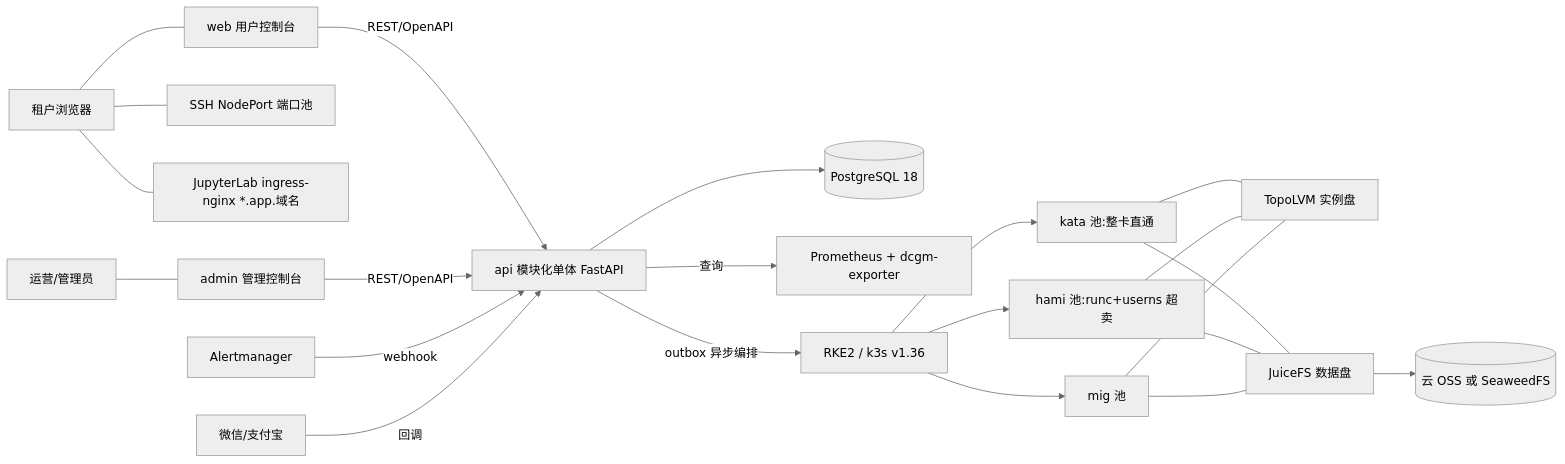
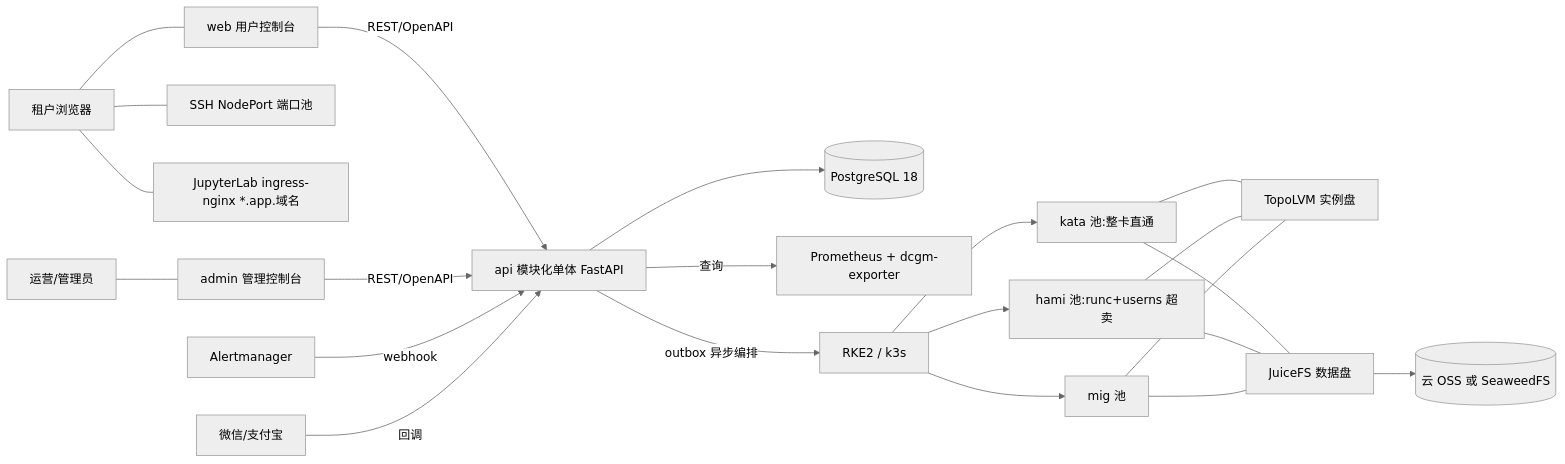
The diagram in docs/architecture.md (cgboy520/superdl), drawn with Mermaid (neutral theme) before and after one commit. The commit also changed other lines of this file and 57 other files, not shown here.

````diff
--- a/docs/architecture.md
+++ b/docs/architecture.md
@@ -8,14 +8,14 @@
 ```mermaid
 flowchart LR
     U[租户浏览器] --- W[web 用户控制台] & NP[SSH NodePort 端口池] & ING["JupyterLab ingress-nginx *.app.域名"]
     A[运营/管理员] --- AD[admin 管理控制台]
     W & AD -- REST/OpenAPI --> API[api 模块化单体 FastAPI]
     ALM[Alertmanager] -- webhook --> API
     PAY[微信/支付宝] -- 回调 --> API
     API --> PG[(PostgreSQL 18)]
     API -- 查询 --> PROM[Prometheus + dcgm-exporter]
-    API -- outbox 异步编排 --> K8S[RKE2 / k3s v1.36]
+    API -- outbox 异步编排 --> K8S[RKE2 / k3s]
     K8S --> P1[kata 池:整卡直通] & P2[hami 池:runc+userns 超卖] & P3[mig 池]
     P1 & P2 & P3 --- LVM[TopoLVM 实例盘] & JFS[JuiceFS 数据盘]
     JFS --> OSS[(云 OSS 或 SeaweedFS)]
 ```
````
